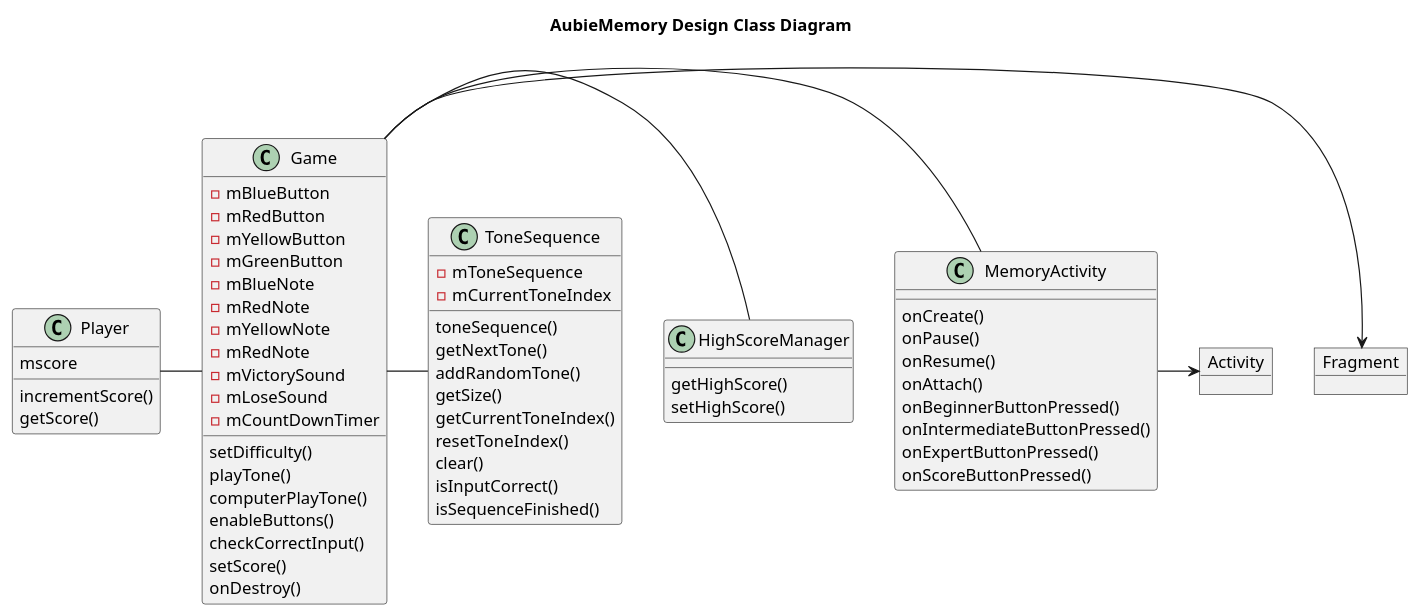
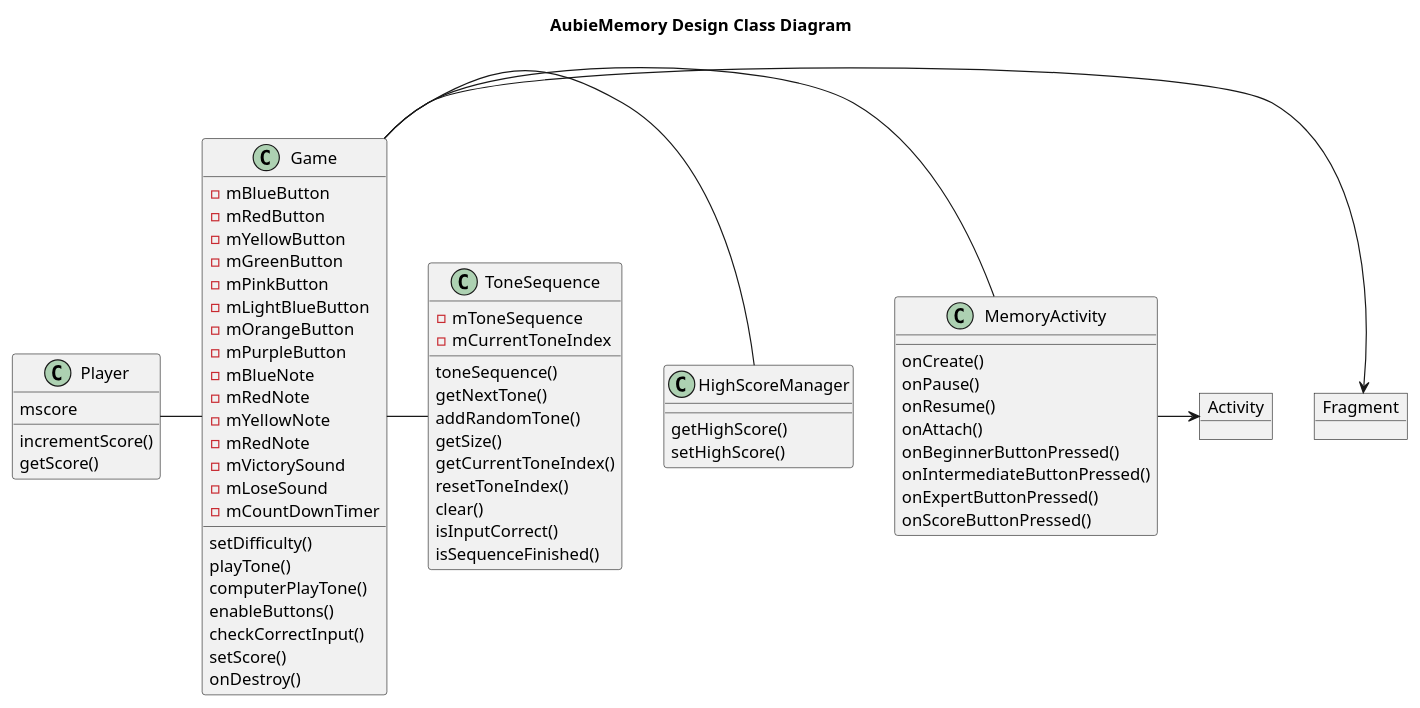
Before and after one commit to llittle3701/AubieMemory: the diagram in app/UML/DC.puml, drawn with PlantUML. The commit also changed 5 other files, not shown here.

Commit message:
Updated UML

```diff
--- a/app/UML/DC.puml
+++ b/app/UML/DC.puml
@@ -1,70 +1,74 @@
 @startuml
 title AubieMemory Design Class Diagram
 
 class Player {
 mscore
 incrementScore()
 getScore()
 }
 
 class Game {
 -mBlueButton
 -mRedButton
 -mYellowButton
 -mGreenButton
+-mPinkButton
+-mLightBlueButton
+-mOrangeButton
+-mPurpleButton
 -mBlueNote
 -mRedNote
 -mYellowNote
 -mRedNote
 -mVictorySound
 -mLoseSound
 -mCountDownTimer
 setDifficulty()
 playTone()
 computerPlayTone()
 enableButtons()
 checkCorrectInput()
 setScore()
 onDestroy()
 }
 
 class MemoryActivity {
 onCreate()
 onPause()
 onResume()
 onAttach()
 onBeginnerButtonPressed()
 onIntermediateButtonPressed()
 onExpertButtonPressed()
 onScoreButtonPressed()
 }
 
 class HighScoreManager {
 getHighScore()
 setHighScore()
 }
 
 class ToneSequence {
 -mToneSequence
 -mCurrentToneIndex
 toneSequence()
 getNextTone()
 addRandomTone()
 getSize()
 getCurrentToneIndex()
 resetToneIndex()
 clear()
 isInputCorrect()
 isSequenceFinished()
 }
 
 object Activity
 object Fragment
 
 Player - Game
 Game -> Fragment
 Game - MemoryActivity
 Game - HighScoreManager
 Game - ToneSequence
 MemoryActivity -> Activity
 @enduml
```
